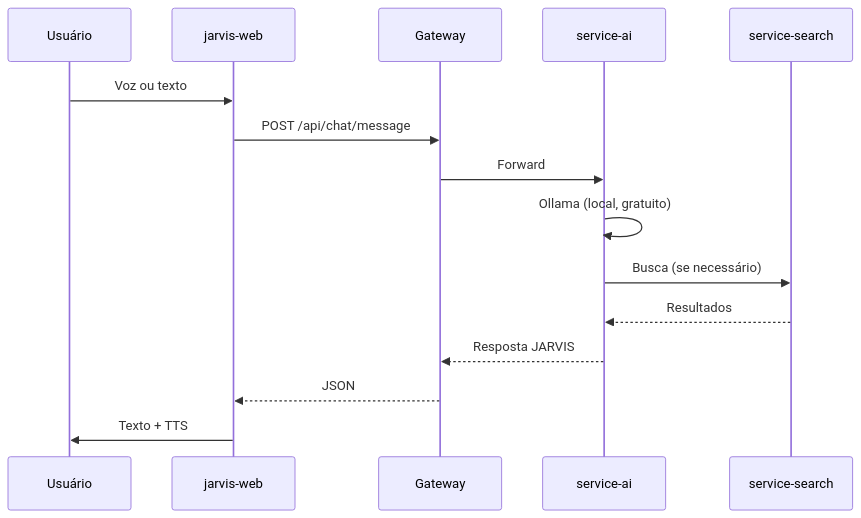
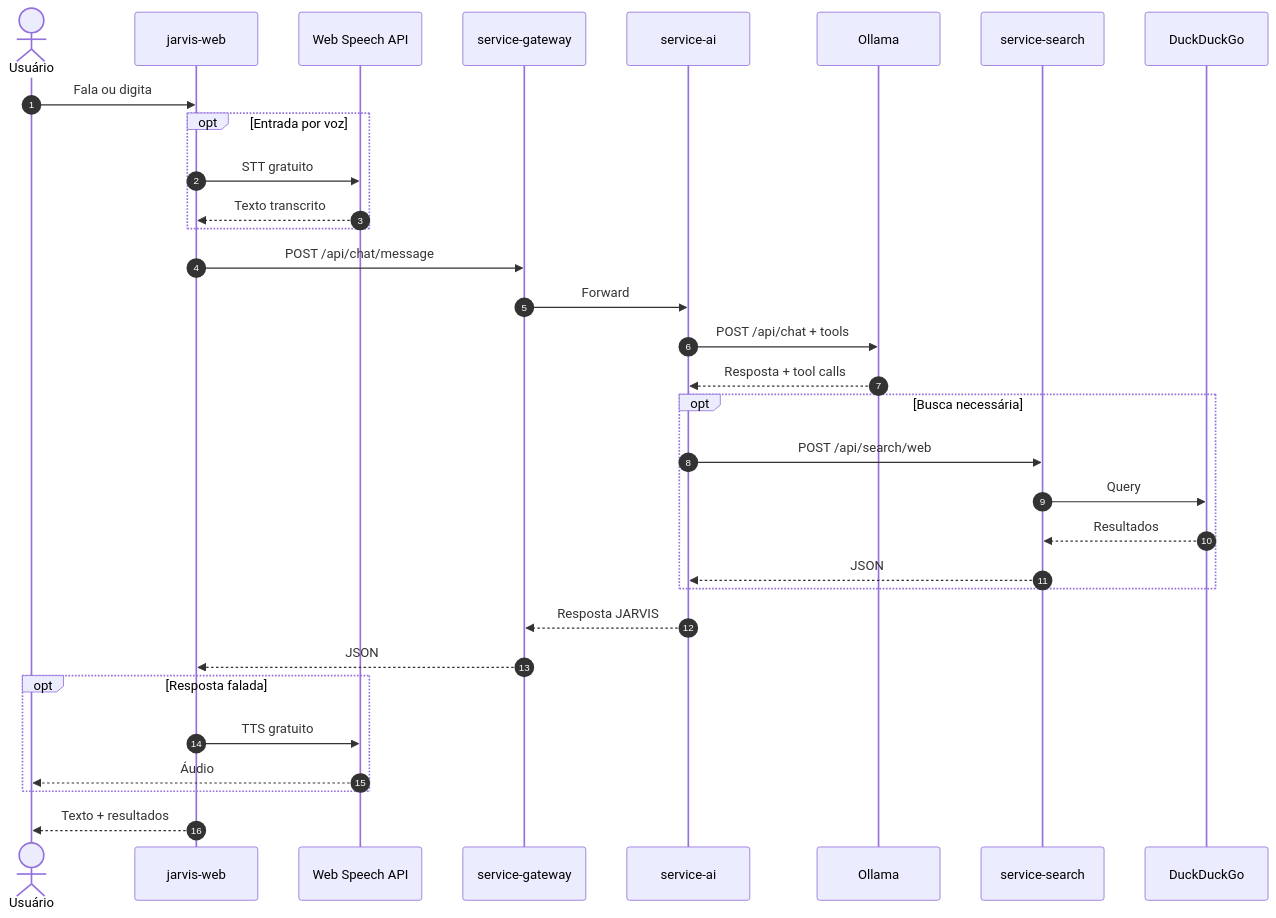
Before and after one commit to FranciscoStanley/MyJarvis: the fifth of 8 diagrams in docs/architecture.md, drawn with Mermaid. The commit also changed other lines of this file and 71 other files, not shown here.

````diff
--- a/docs/architecture.md
+++ b/docs/architecture.md
@@ -18,18 +128,35 @@
 ```mermaid
 sequenceDiagram
-    participant U as Usuário
+    autonumber
+    actor U as Usuário
     participant W as jarvis-web
-    participant G as Gateway
+    participant B as Web Speech API
+    participant G as service-gateway
     participant AI as service-ai
+    participant O as Ollama
     participant S as service-search
+    participant DDG as DuckDuckGo
 
-    U->>W: Voz ou texto
+    U->>W: Fala ou digita
+    opt Entrada por voz
+        W->>B: STT gratuito
+        B-->>W: Texto transcrito
+    end
     W->>G: POST /api/chat/message
     G->>AI: Forward
-    AI->>AI: Ollama (local, gratuito)
-    AI->>S: Busca (se necessário)
-    S-->>AI: Resultados
+    AI->>O: POST /api/chat + tools
+    O-->>AI: Resposta + tool calls
+    opt Busca necessária
+        AI->>S: POST /api/search/web
+        S->>DDG: Query
+        DDG-->>S: Resultados
+        S-->>AI: JSON
+    end
     AI-->>G: Resposta JARVIS
     G-->>W: JSON
-    W->>U: Texto + TTS
+    opt Resposta falada
+        W->>B: TTS gratuito
+        B-->>U: Áudio
+    end
+    W-->>U: Texto + resultados
 ```
````
